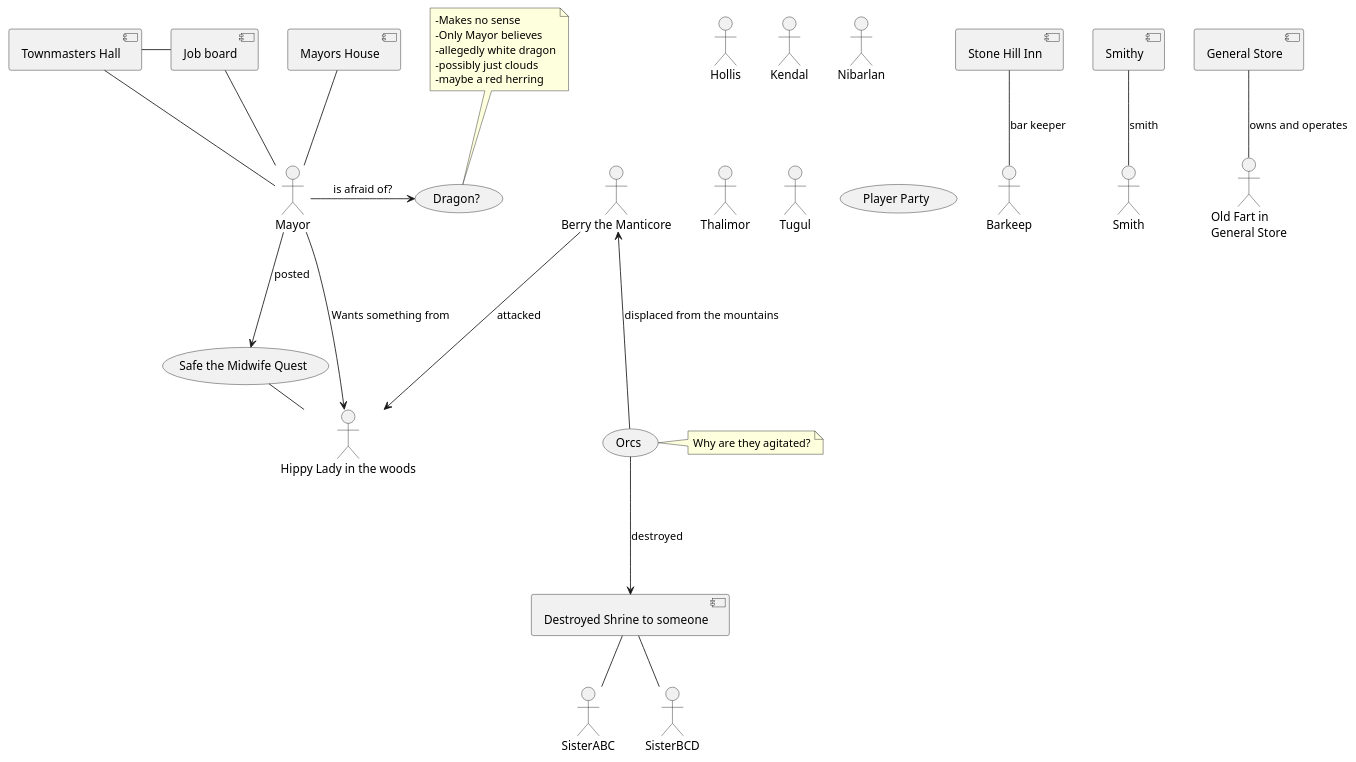
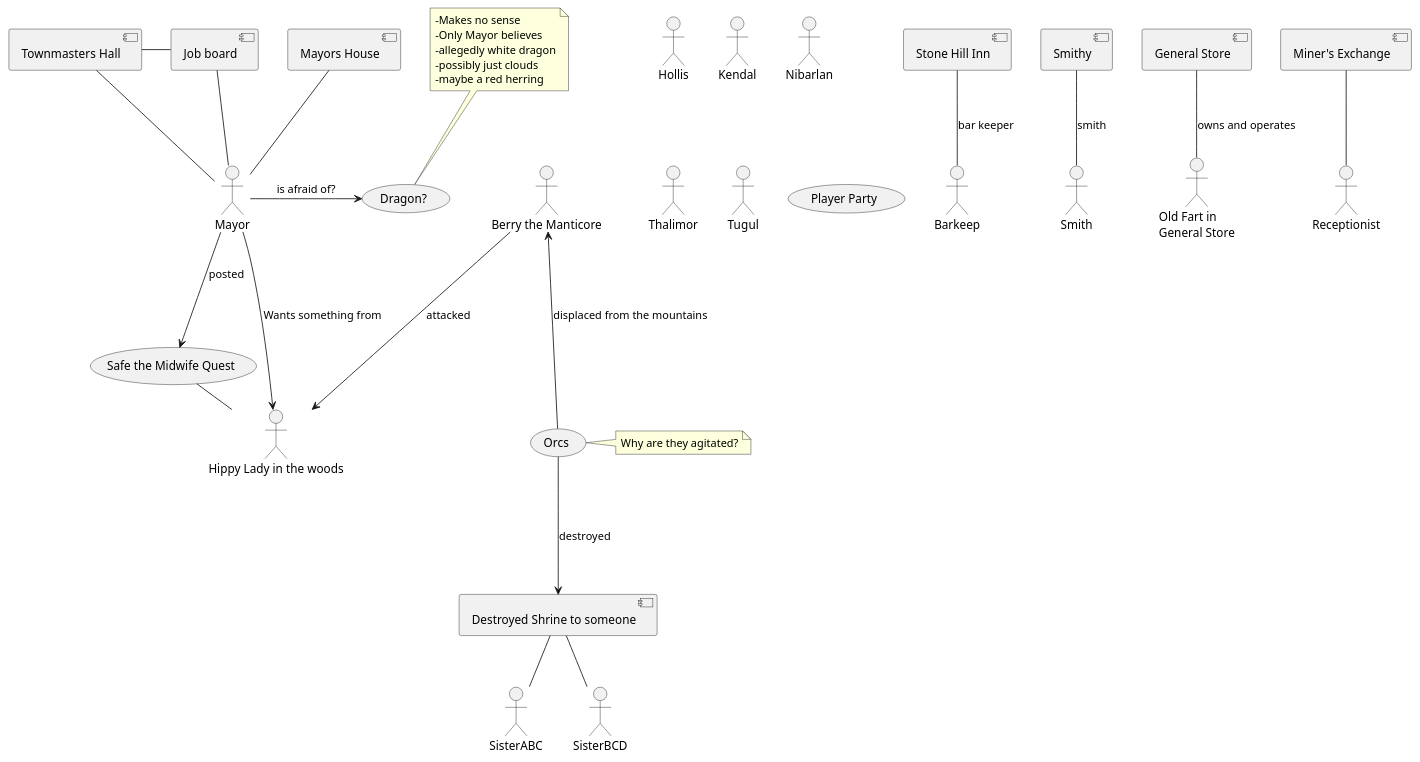
One commit to Ignavum/DOIPNotes changed the diagram in Diagrams/ConspiracyGraph.wsd. Above: the diagram before and after it, drawn with PlantUML.

```diff
--- a/Diagrams/ConspiracyGraph.wsd
+++ b/Diagrams/ConspiracyGraph.wsd
@@ -1,70 +1,73 @@
 @startuml Conspiracy Graph
 
 'Actors here:
 
 actor Hollis
 actor Kendal
 actor Nibarlan
 actor Thalimor
 actor Tugul
 
 actor Barkeep
 actor Smith
 actor SisterABC
 actor SisterBCD
 actor "Old Fart in\nGeneral Store" as generalStoreGuy
 actor Mayor
 actor "Berry the Manticore" as manticorBerry
 actor "Hippy Lady in the woods" as potionSeller
+actor Receptionist
 
 'Locations here
 
 [Stone Hill Inn] as stoneHillInn
 [Townmasters Hall] as townHall
 [Job board] as jobBoard
 [Smithy]
 [Destroyed Shrine to someone] as shrine 
 [General Store] as generalStore
 [Mayors House] as mayorsHouse
+[Miner's Exchange] as minerHall
 
 'General Concepts?
 
 (Orcs)
 (Player Party) as party
 (Safe the Midwife Quest) as quest1
 (Dragon?) as dragon
 
 'Relations here
     
 stoneHillInn -- Barkeep : bar keeper
 Smithy -- Smith : smith
 shrine -- SisterABC
 shrine -- SisterBCD
 generalStore -- generalStoreGuy : owns and operates
 townHall -- Mayor
 mayorsHouse -- Mayor
 townHall - jobBoard
 jobBoard -- Mayor
 manticorBerry <--- Orcs : displaced from the mountains
 Orcs ---> shrine : destroyed
 Mayor --> quest1 : posted
 quest1 - potionSeller
 manticorBerry ---> potionSeller : attacked
 Mayor ---> potionSeller : Wants something from
 dragon <- Mayor : is afraid of?
+minerHall -- Receptionist
 
 
 'Notes
 note top of dragon
     -Makes no sense
     -Only Mayor believes
     -allegedly white dragon
     -possibly just clouds
     -maybe a red herring
 end note
 
 note right of Orcs
     Why are they agitated?
 end note
 
 @enduml
```
